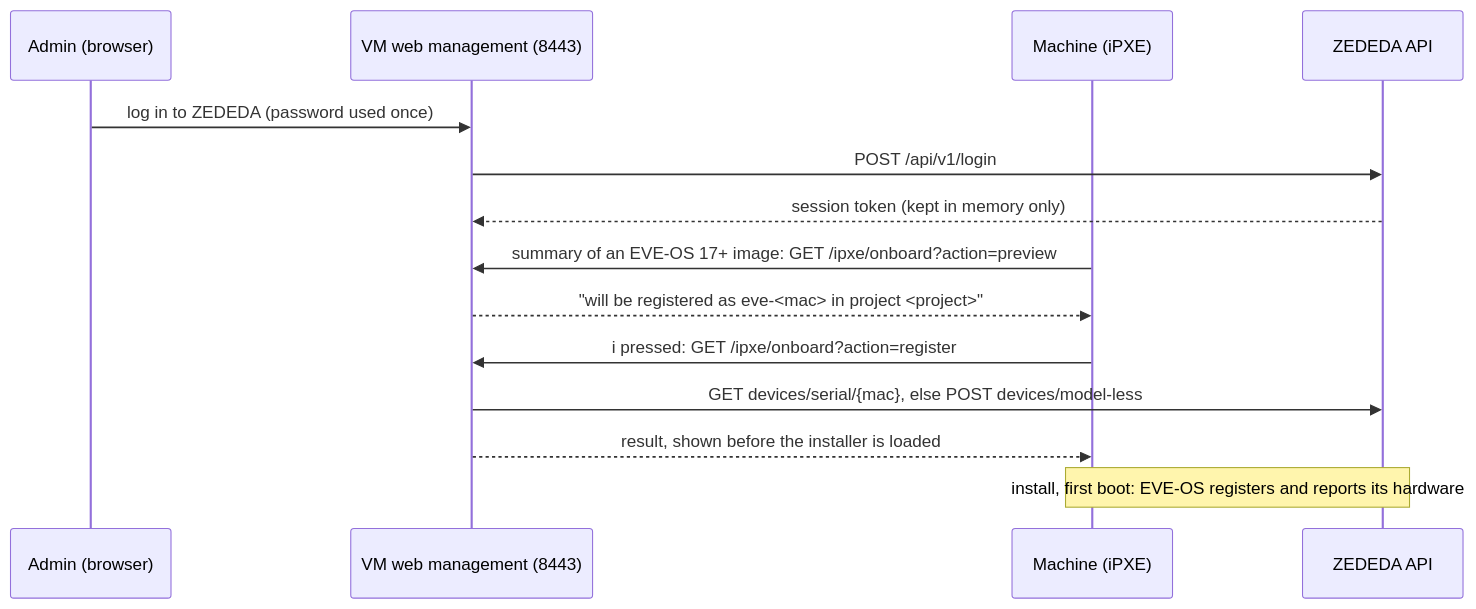
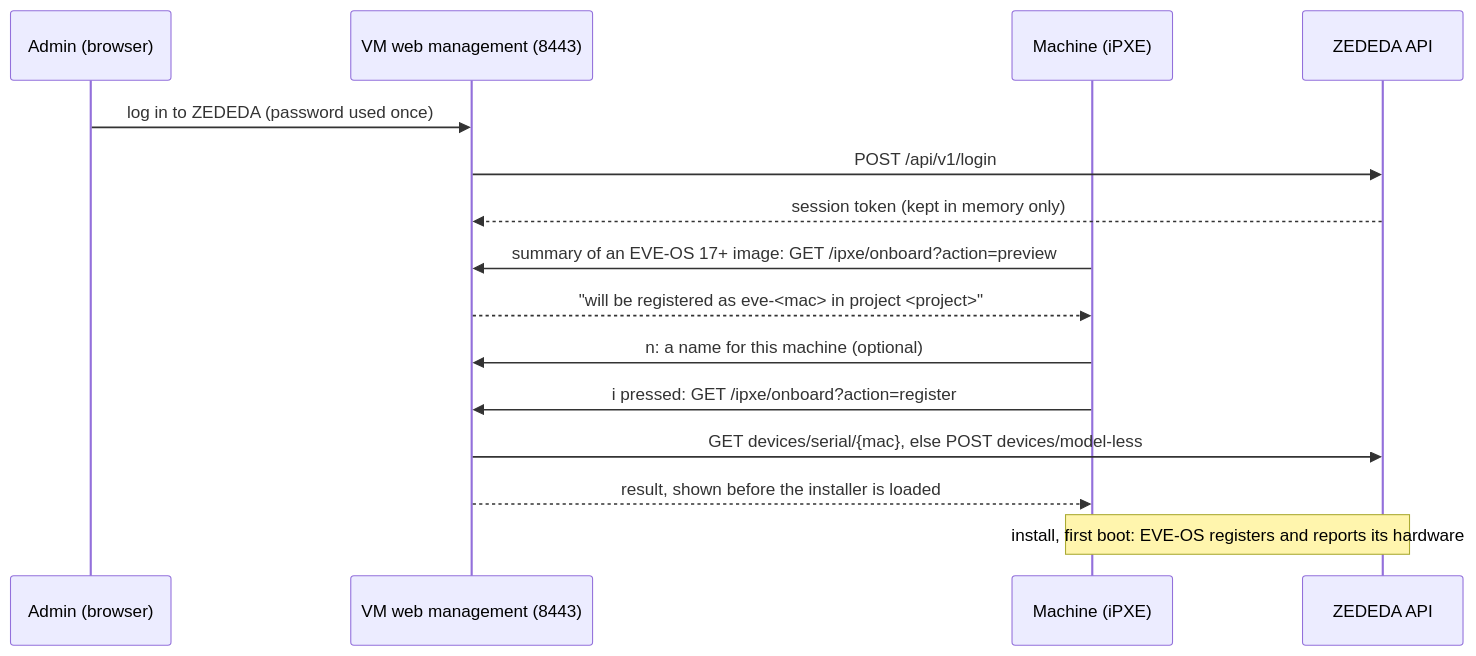
One commit to michiel-zededa/eve-netboot-installer changed the diagram in docs/design/zededa-onboarding.md. Above: the diagram before and after it, drawn with Mermaid. The commit also changed other lines of this file and 23 other files, not shown here.

````diff
--- a/docs/design/zededa-onboarding.md
+++ b/docs/design/zededa-onboarding.md
@@ -91,16 +92,17 @@
 ```mermaid
 sequenceDiagram
     participant A as Admin (browser)
     participant W as VM web management (8443)
     participant M as Machine (iPXE)
     participant Z as ZEDEDA API
     A->>W: log in to ZEDEDA (password used once)
     W->>Z: POST /api/v1/login
     Z-->>W: session token (kept in memory only)
     M->>W: summary of an EVE-OS 17+ image: GET /ipxe/onboard?action=preview
     W-->>M: "will be registered as eve-<mac> in project <project>"
+    M->>W: n: a name for this machine (optional)
     M->>W: i pressed: GET /ipxe/onboard?action=register
     W->>Z: GET devices/serial/{mac}, else POST devices/model-less
     W-->>M: result, shown before the installer is loaded
     Note over M,Z: install, first boot: EVE-OS registers and reports its hardware
 ```
````
